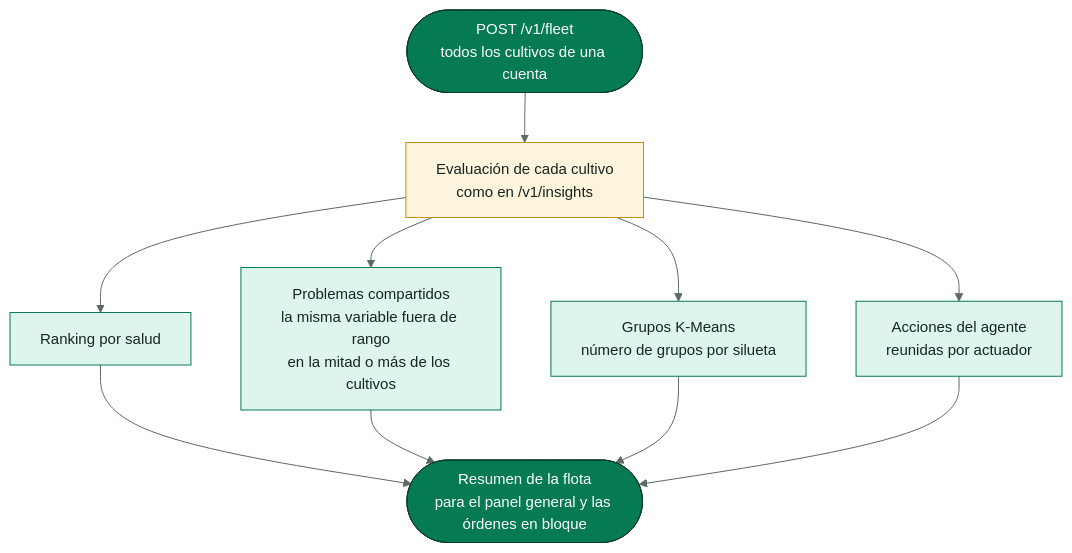
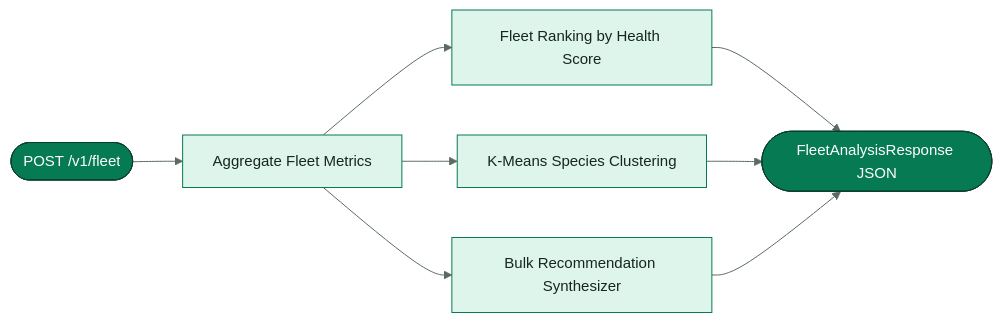
The fourth of 4 diagrams in docs/SmartPot_AI_Documentation.md (SmartPotTech/SmartPot-AI-Python), drawn with Mermaid before and after one commit. The commit also changed other lines of this file and 15 other files, not shown here.

Commit message:
docs(specs): standardize legacy english documentation, notices, diagrams, and manuals

````diff
--- a/docs/SmartPot_AI_Documentation.md
+++ b/docs/SmartPot_AI_Documentation.md
@@ -200,20 +144,13 @@
 ```mermaid
 %%{init: {"theme": "base", "fontFamily": "Segoe UI, Arial, sans-serif", "themeVariables": {"fontFamily": "Segoe UI, Arial, sans-serif", "fontSize": "15px", "primaryColor": "#DDF5EA", "primaryTextColor": "#17261F", "primaryBorderColor": "#067A52", "secondaryColor": "#E3F2FB", "secondaryTextColor": "#17261F", "secondaryBorderColor": "#1F6FA0", "tertiaryColor": "#F2F7F4", "tertiaryTextColor": "#17261F", "tertiaryBorderColor": "#D5E3DC", "lineColor": "#5B6B63", "textColor": "#17261F", "mainBkg": "#DDF5EA", "nodeBorder": "#067A52", "clusterBkg": "#F7FAF8", "clusterBorder": "#D5E3DC", "edgeLabelBackground": "#FFFFFF", "actorBkg": "#067A52", "actorBorder": "#0B3D2B", "actorTextColor": "#FFFFFF", "actorLineColor": "#5B6B63", "signalColor": "#17261F", "signalTextColor": "#17261F", "labelBoxBkgColor": "#0B3D2B", "labelBoxBorderColor": "#0B3D2B", "labelTextColor": "#FFFFFF", "loopTextColor": "#0B3D2B", "noteBkgColor": "#FDF4DD", "noteBorderColor": "#C98D12", "noteTextColor": "#17261F", "activationBkgColor": "#DDF5EA", "activationBorderColor": "#067A52", "attributeBackgroundColorOdd": "#FFFFFF", "attributeBackgroundColorEven": "#F2F7F4"}}}%%
-flowchart TB
-  req(["POST /v1/fleet<br/>todos los cultivos de una cuenta"]) --> each["Evaluación de cada cultivo<br/>como en /v1/insights"]
-  each --> rank["Ranking por salud"]
-  each --> shared["Problemas compartidos<br/>la misma variable fuera de rango<br/>en la mitad o más de los cultivos"]
-  each --> groups["Grupos K-Means<br/>número de grupos por silueta"]
-  each --> actions["Acciones del agente<br/>reunidas por actuador"]
-  rank & shared & groups & actions --> out(["Resumen de la flota<br/>para el panel general y las órdenes en bloque"])
+flowchart LR
+  req(["POST /v1/fleet"]) --> agg["Aggregate Fleet Metrics"]
+  agg --> rank["Fleet Ranking by Health Score"]
+  agg --> cluster["K-Means Species Clustering"]
+  agg --> actions["Bulk Recommendation Synthesizer"]
+  rank & cluster & actions --> resp(["FleetAnalysisResponse JSON"])
+  classDef core fill:#067A52,stroke:#0B3D2B,color:#FFFFFF
   classDef leaf fill:#DDF5EA,stroke:#067A52,color:#17261F
-  classDef water fill:#E3F2FB,stroke:#1F6FA0,color:#17261F
-  classDef sun fill:#FDF4DD,stroke:#C98D12,color:#17261F
-  classDef clay fill:#FBE9E1,stroke:#B85A38,color:#17261F
-  classDef core fill:#067A52,stroke:#0B3D2B,color:#FFFFFF
-  classDef deep fill:#0B3D2B,stroke:#06281C,color:#FFFFFF
-  classDef muted fill:#F2F7F4,stroke:#5B6B63,color:#17261F
-  class req,out core
-  class each sun
-  class rank,shared,groups,actions leaf
+  class req,resp core
+  class agg,rank,cluster,actions leaf
 ```
````
